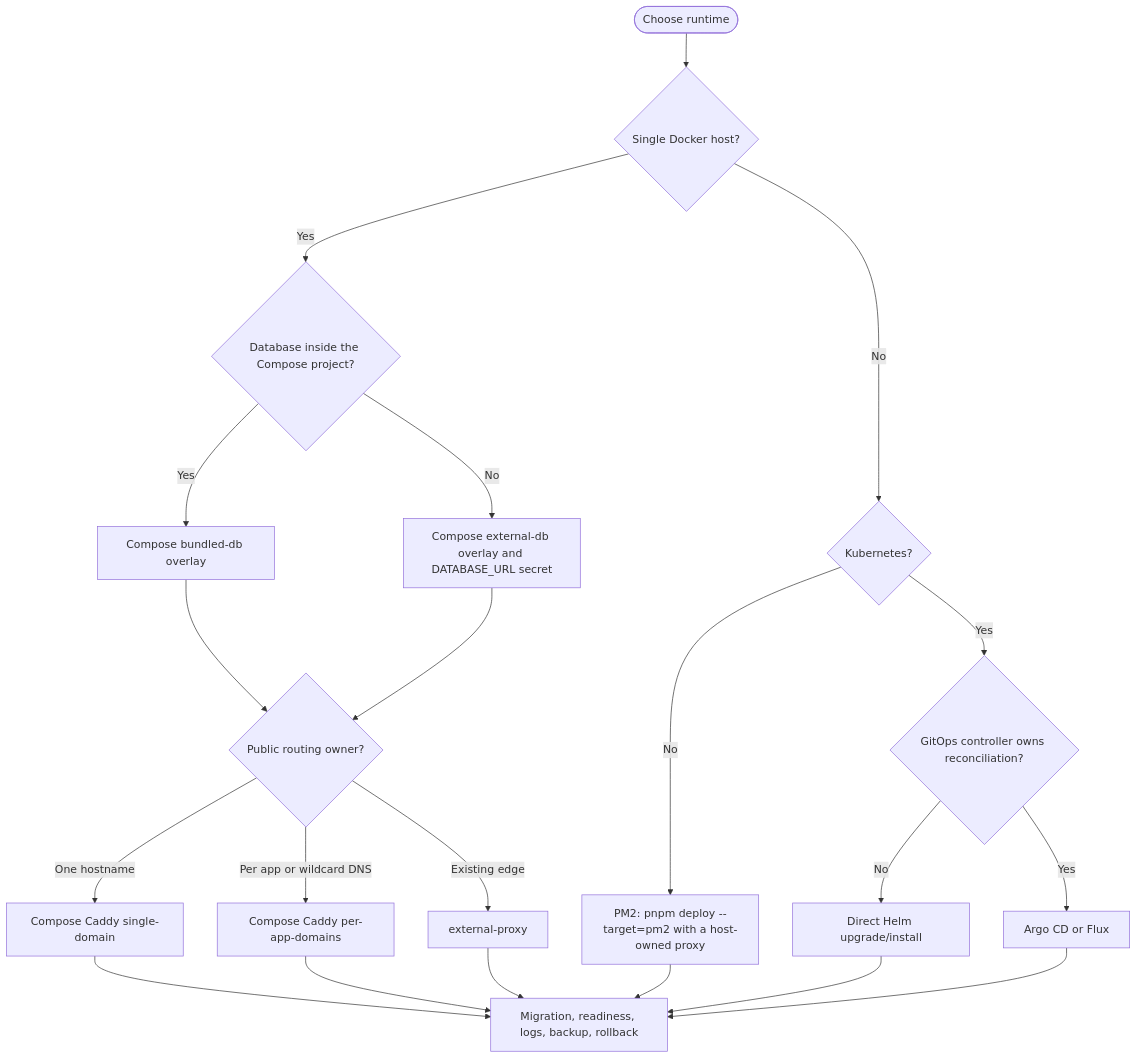
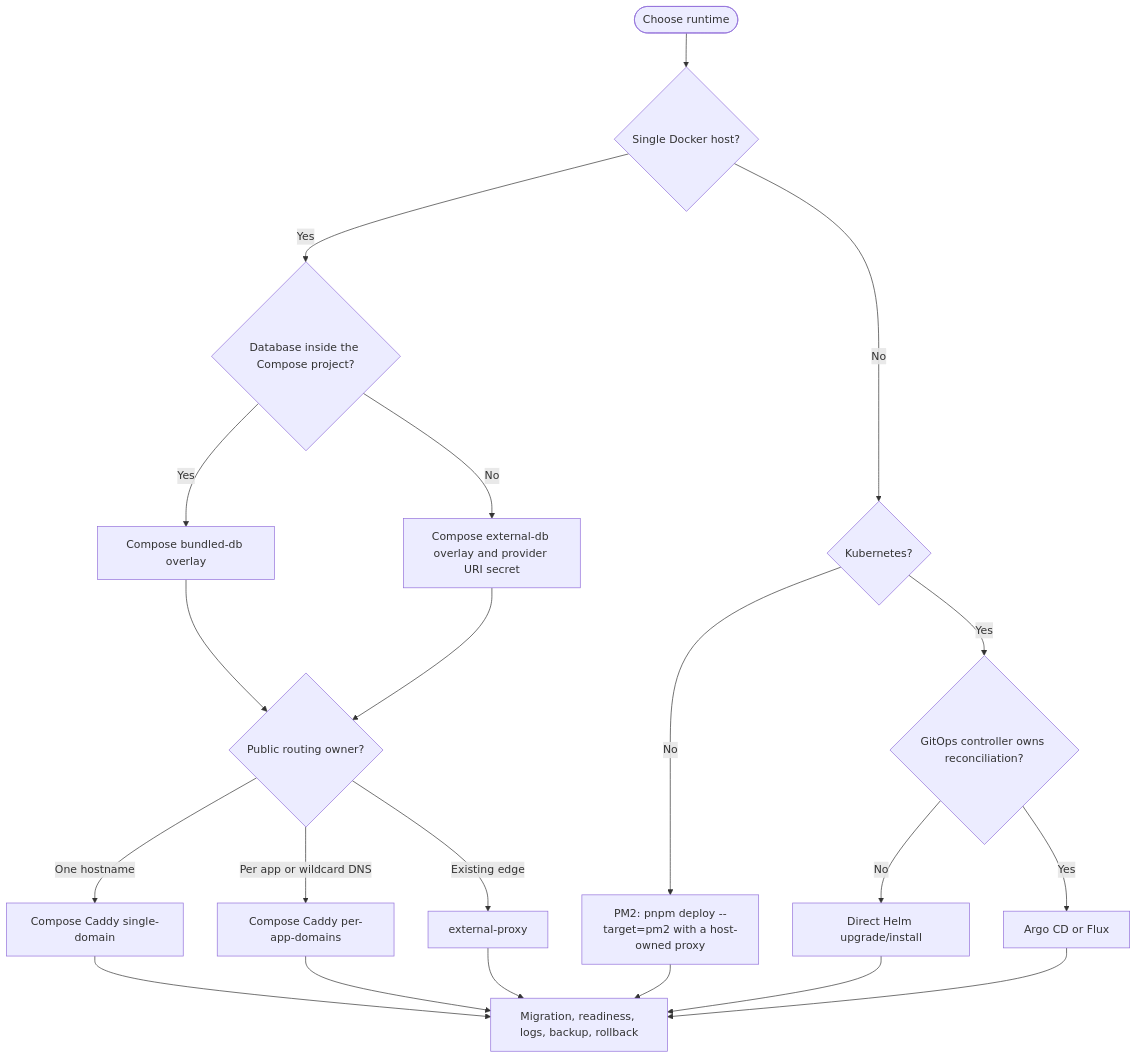
The diagram in docs/deployment.md (nmime/dehqonhub), drawn with Mermaid before and after one commit. The commit also changed other lines of this file and 726 other files, not shown here.

````diff
--- a/docs/deployment.md
+++ b/docs/deployment.md
@@ -110,23 +117,23 @@
 ```mermaid
 flowchart TD
   start([Choose runtime]) --> host{Single Docker host?}
   host -- Yes --> db{Database inside the Compose project?}
   db -- Yes --> bundled[Compose bundled-db overlay]
-  db -- No --> external[Compose external-db overlay and DATABASE_URL secret]
+  db -- No --> external[Compose external-db overlay and provider URI secret]
   bundled --> domains{Public routing owner?}
   external --> domains
   domains -- One hostname --> single[Compose Caddy single-domain]
   domains -- Per app or wildcard DNS --> multi[Compose Caddy per-app-domains]
   domains -- Existing edge --> proxy[external-proxy]
   host -- No --> k8s{Kubernetes?}
   k8s -- No --> pm2[PM2: pnpm deploy --target=pm2 with a host-owned proxy]
   k8s -- Yes --> controller{GitOps controller owns reconciliation?}
   controller -- No --> helm[Direct Helm upgrade/install]
   controller -- Yes --> gitops[Argo CD or Flux]
   single --> verify[Migration, readiness, logs, backup, rollback]
   multi --> verify
   proxy --> verify
   pm2 --> verify
   helm --> verify
   gitops --> verify
 ```
````
